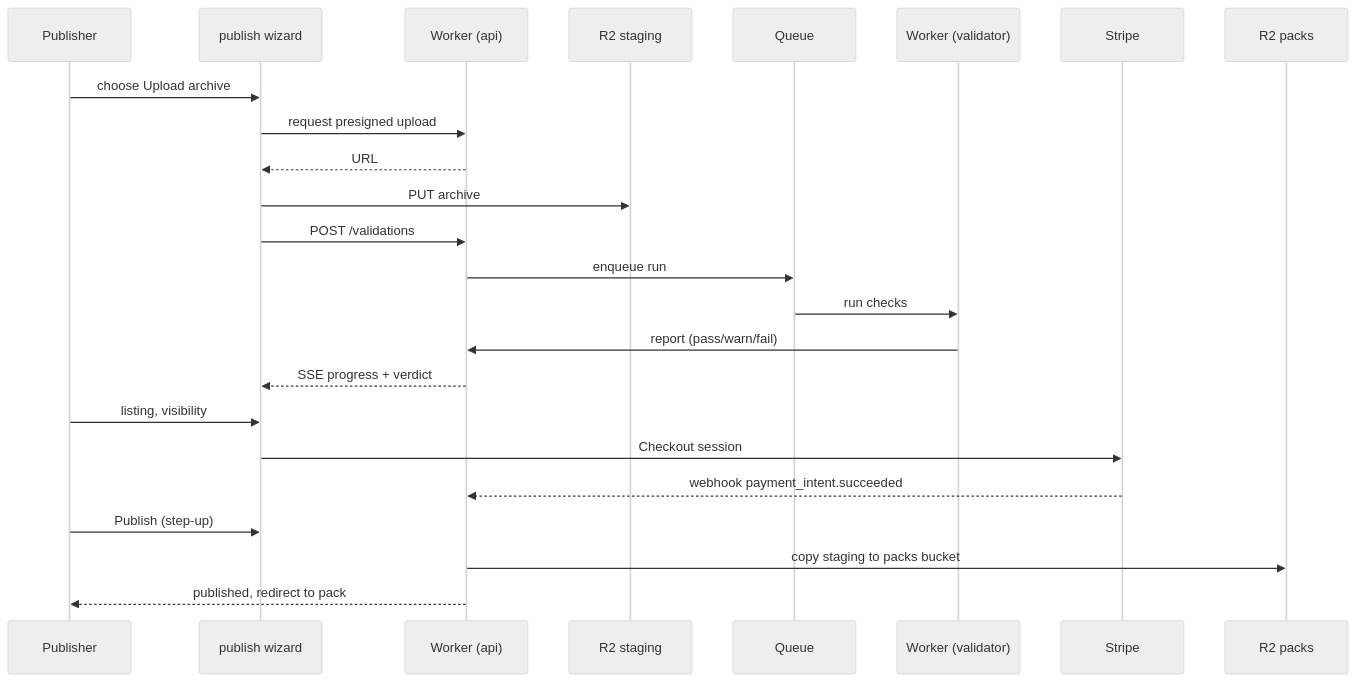
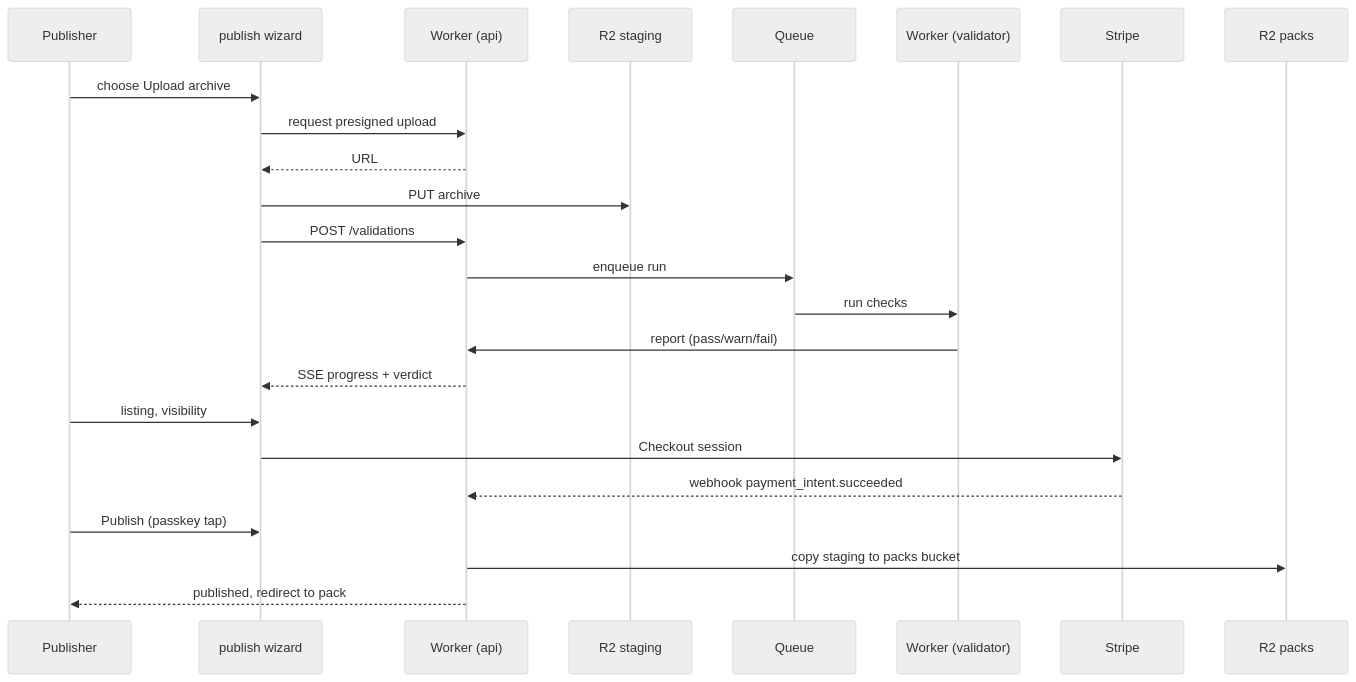
Before and after one commit to Claudinite/PackServer: the fifth of 13 diagrams in docs/ui/flows.md, drawn with Mermaid (neutral theme). The commit also changed other lines of this file and 4 other files, not shown here.

````diff
--- a/docs/ui/flows.md
+++ b/docs/ui/flows.md
@@ -170,26 +185,26 @@
 ```mermaid
 sequenceDiagram
   participant Pu as Publisher
   participant Wz as publish wizard
   participant W as Worker (api)
   participant R2s as R2 staging
   participant Q as Queue
   participant V as Worker (validator)
   participant St as Stripe
   participant R2 as R2 packs
   Pu->>Wz: choose Upload archive
   Wz->>W: request presigned upload
   W-->>Wz: URL
   Wz->>R2s: PUT archive
   Wz->>W: POST /validations
   W->>Q: enqueue run
   Q->>V: run checks
   V->>W: report (pass/warn/fail)
   W-->>Wz: SSE progress + verdict
   Pu->>Wz: listing, visibility
   Wz->>St: Checkout session
   St-->>W: webhook payment_intent.succeeded
-  Pu->>Wz: Publish (step-up)
+  Pu->>Wz: Publish (passkey tap)
   W->>R2: copy staging to packs bucket
   W-->>Pu: published, redirect to pack
 ```
````
